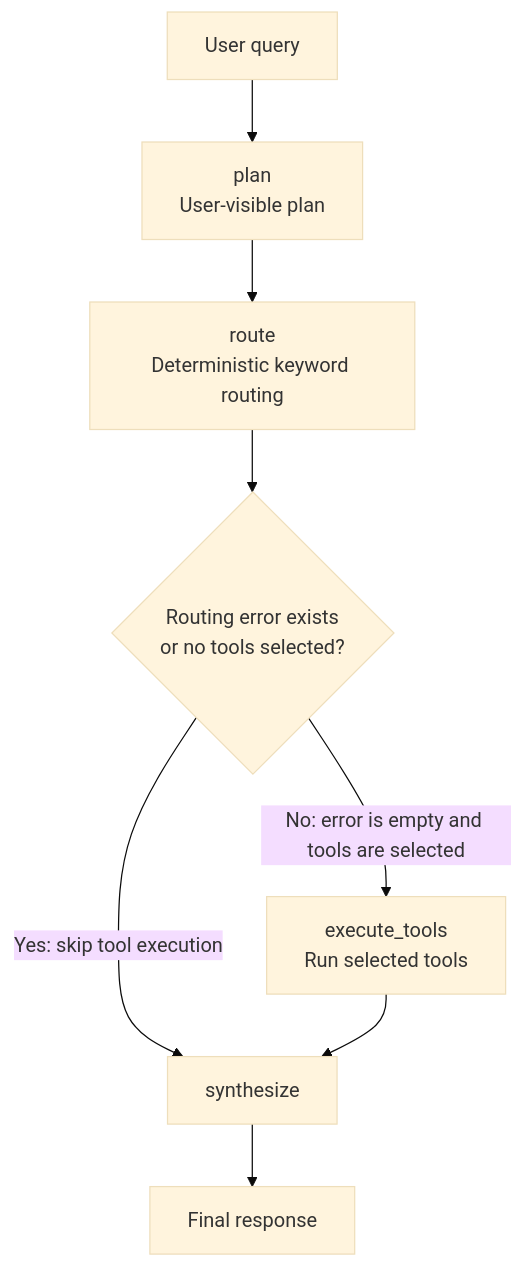
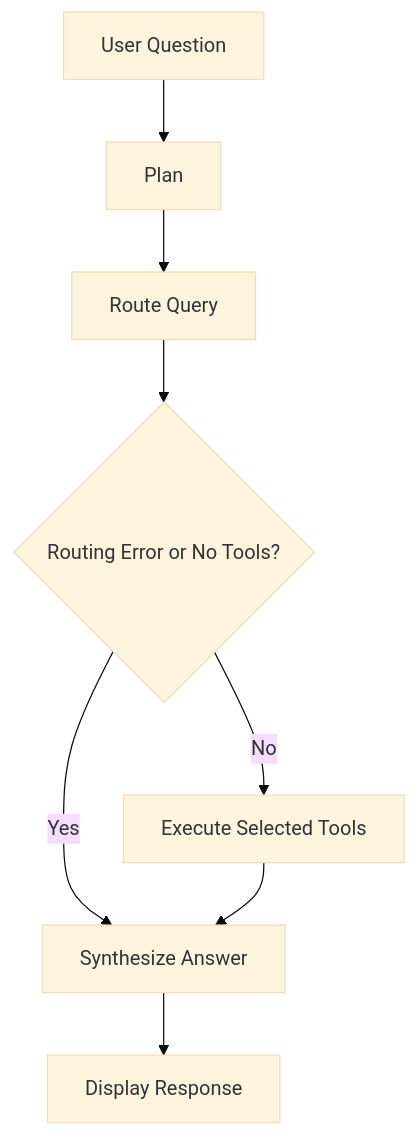
One commit to shagunsrivastavaa/Insight-Copilot changed the diagram in README.md. Above: the diagram before and after it, drawn with Mermaid (base theme). The commit also changed other lines of this file, not shown here.

````diff
--- a/README.md
+++ b/README.md
@@ -17,10 +33,10 @@
 ```mermaid
 flowchart TD
-    U[User query] --> P[plan<br/>User-visible plan]
-    P --> R[route<br/>Deterministic keyword routing]
-    R --> D{Routing error exists<br/>or no tools selected?}
-    D -- Yes: skip tool execution --> S[synthesize]
-    D -- No: error is empty and tools are selected --> E[execute_tools<br/>Run selected tools]
-    E --> S
-    S --> F[Final response]
+    A[User Question] --> B[Plan]
+    B --> C[Route Query]
+    C --> D{Routing Error or No Tools?}
+    D -- Yes --> F[Synthesize Answer]
+    D -- No --> E[Execute Selected Tools]
+    E --> F
+    F --> G[Display Response]
 ```
````
